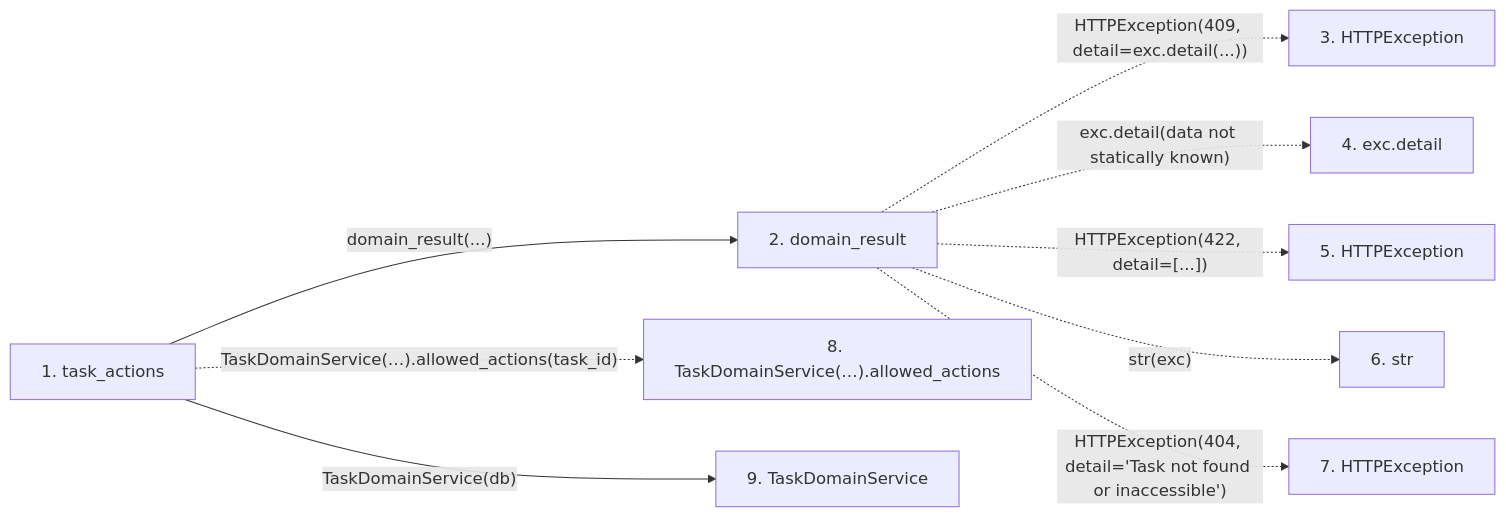
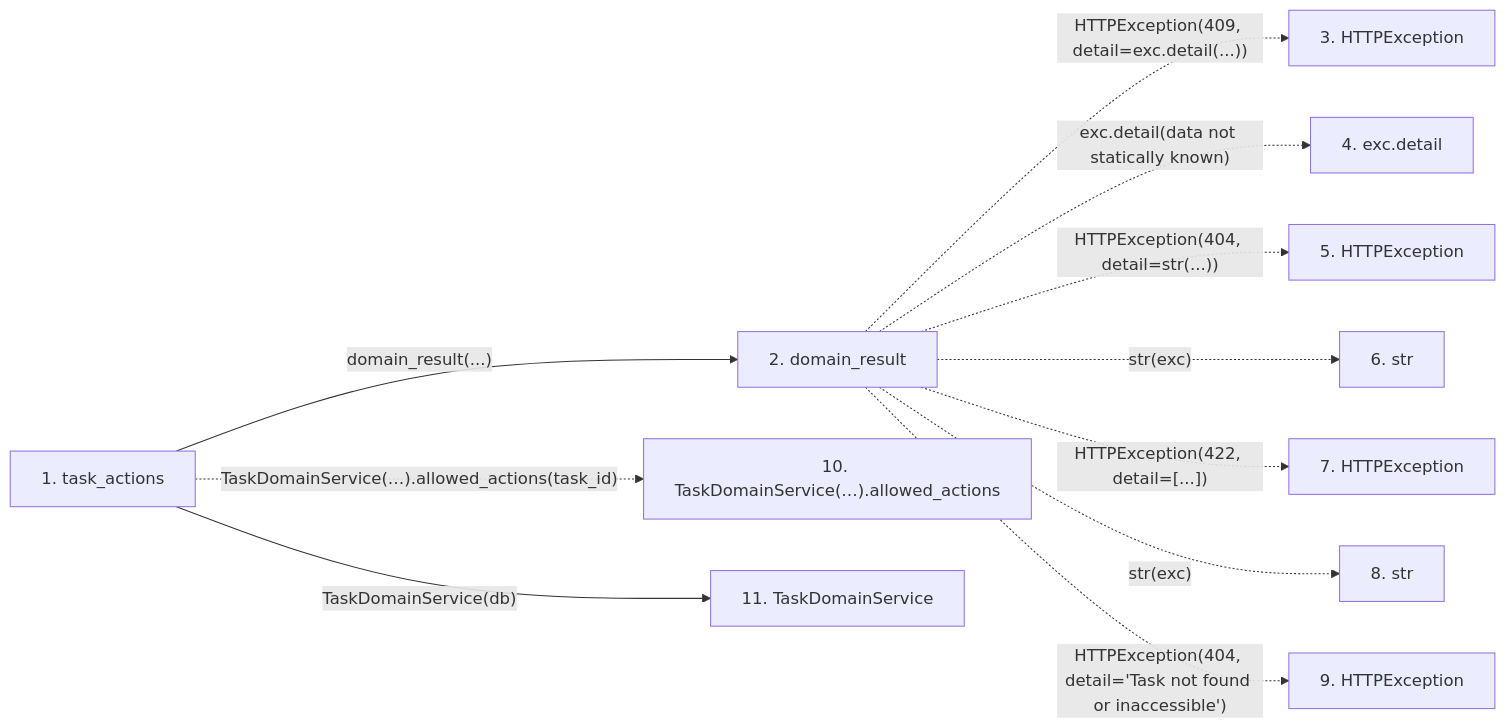
The second of 2 diagrams in docs/llm_wiki/flows/http-task_actions.md (Denissvgn/WorkChord), drawn with Mermaid before and after one commit. The commit also changed other lines of this file and 6624 other files, not shown here.

````diff
--- a/docs/llm_wiki/flows/http-task_actions.md
+++ b/docs/llm_wiki/flows/http-task_actions.md
@@ -32,23 +34,27 @@
 ```mermaid
 flowchart LR
     s1["1. task_actions"]
     s2["2. domain_result"]
     s3["3. HTTPException"]
     s4["4. exc.detail"]
     s5["5. HTTPException"]
     s6["6. str"]
     s7["7. HTTPException"]
-    s8["8. TaskDomainService(…).allowed_actions"]
-    s9["9. TaskDomainService"]
+    s8["8. str"]
+    s9["9. HTTPException"]
+    s10["10. TaskDomainService(…).allowed_actions"]
+    s11["11. TaskDomainService"]
     s1 -->|"domain_result(...)"| s2
     s2 -. "HTTPException(409, detail=exc.detail(...))" .-> s3
     s2 -. "exc.detail(data not statically known)" .-> s4
-    s2 -. "HTTPException(422, detail=[...])" .-> s5
+    s2 -. "HTTPException(404, detail=str(...))" .-> s5
     s2 -. "str(exc)" .-> s6
-    s2 -. "HTTPException(404, detail='Task not found or inaccessible')" .-> s7
-    s1 -. "TaskDomainService(…).allowed_actions(task_id)" .-> s8
-    s1 -->|"TaskDomainService(db)"| s9
+    s2 -. "HTTPException(422, detail=[...])" .-> s7
+    s2 -. "str(exc)" .-> s8
+    s2 -. "HTTPException(404, detail='Task not found or inaccessible')" .-> s9
+    s1 -. "TaskDomainService(…).allowed_actions(task_id)" .-> s10
+    s1 -->|"TaskDomainService(db)"| s11
     click s1 "../modules/routers_task_domain.md"
     click s2 "../modules/routers_task_domain.md"
-    click s9 "../modules/task_domain_service.md"
+    click s11 "../modules/task_domain_service.md"
 ```
````
